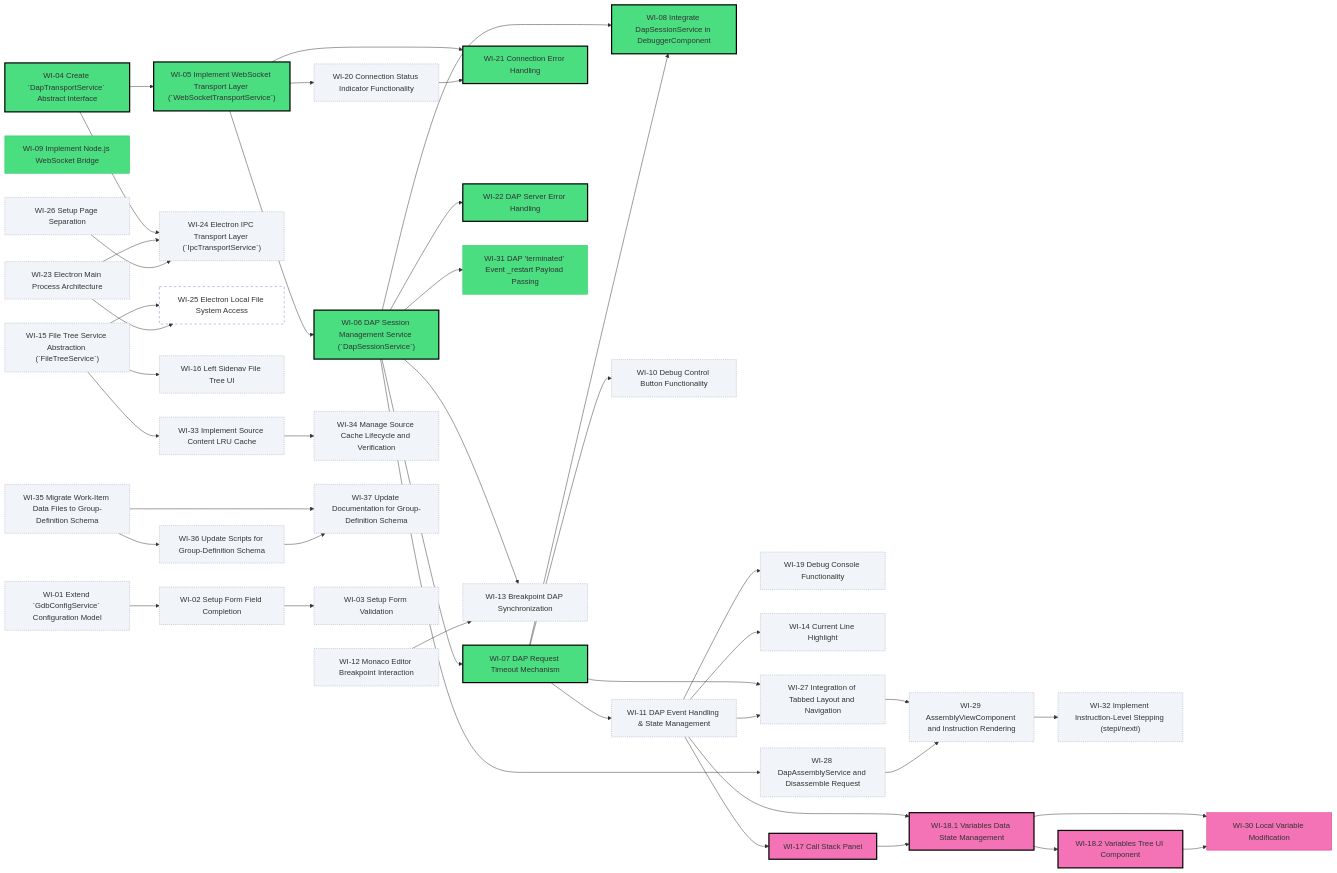
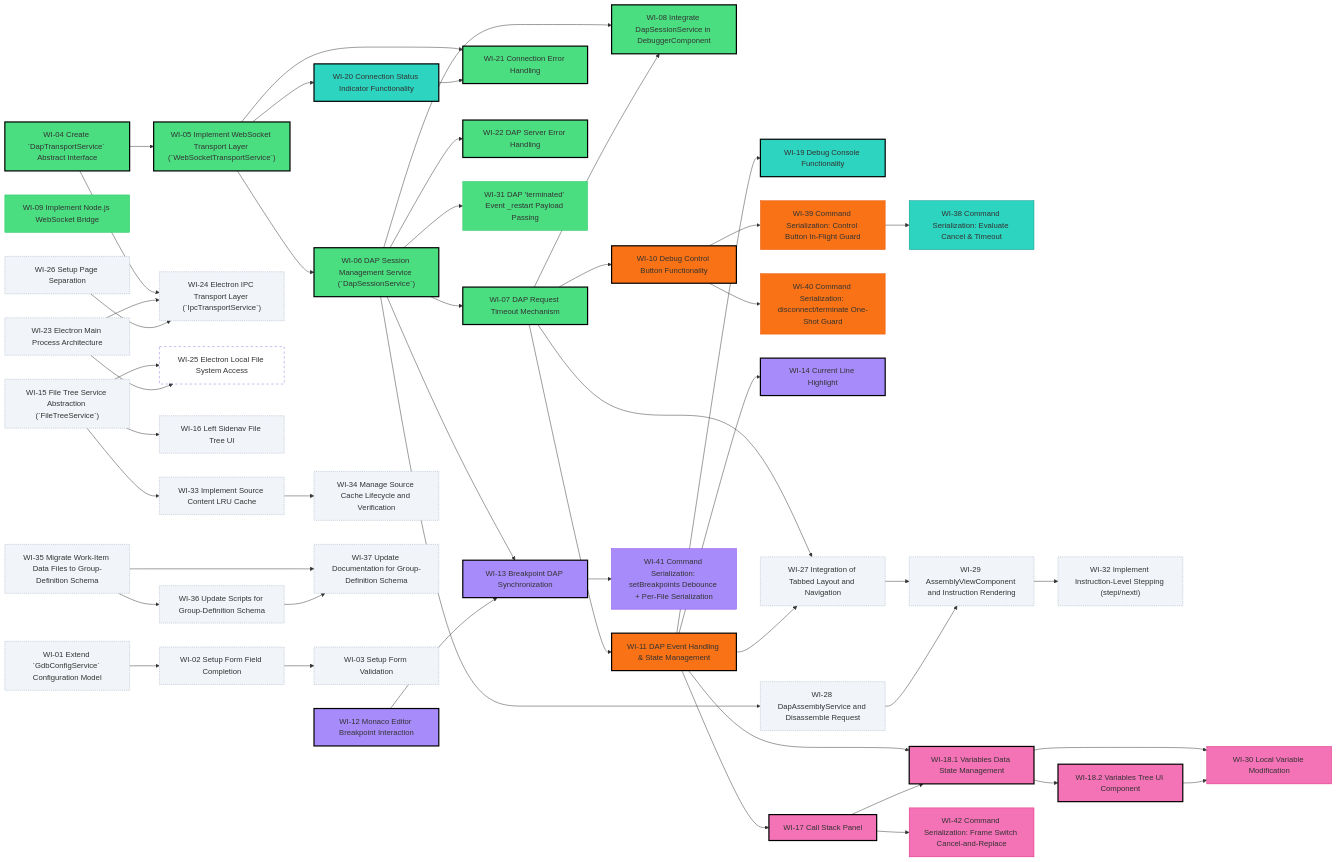
Before and after one commit to tangpo387-arch/taro-debugger: the diagram in docs/project-roadmap.md, drawn with Mermaid. The commit also changed other lines of this file and 8 other files, not shown here.

Commit message:
docs(arch): propose DAP command serialization strategy

````diff
--- a/docs/project-roadmap.md
+++ b/docs/project-roadmap.md
@@ -11,6 +11,7 @@
 graph LR
     WI_19["WI-19 Debug Console Functionality"]
     WI_20["WI-20 Connection Status Indicator Functionality"]
+    WI_38["WI-38 Command Serialization: Evaluate Cancel & Timeout"]
     WI_04["WI-04 Create `DapTransportService` Abstract Interface"]
     WI_05["WI-05 Implement WebSocket Transport Layer (`WebSocketTransportService`)"]
     WI_06["WI-06 DAP Session Management Service (`DapSessionService`)"]
@@ -22,9 +23,12 @@
     WI_31["WI-31 DAP 'terminated' Event _restart Payload Passing"]
     WI_10["WI-10 Debug Control Button Functionality"]
     WI_11["WI-11 DAP Event Handling & State Management"]
+    WI_39["WI-39 Command Serialization: Control Button In-Flight Guard"]
+    WI_40["WI-40 Command Serialization: disconnect/terminate One-Shot Guard"]
     WI_12["WI-12 Monaco Editor Breakpoint Interaction"]
     WI_13["WI-13 Breakpoint DAP Synchronization"]
     WI_14["WI-14 Current Line Highlight"]
+    WI_41["WI-41 Command Serialization: setBreakpoints Debounce + Per-File Serialization"]
     WI_23["WI-23 Electron Main Process Architecture"]
     WI_26["WI-26 Setup Page Separation"]
     WI_24["WI-24 Electron IPC Transport Layer (`IpcTransportService`)"]
@@ -47,8 +51,10 @@
     WI_18_1["WI-18.1 Variables Data State Management"]
     WI_18_2["WI-18.2 Variables Tree UI Component"]
     WI_30["WI-30 Local Variable Modification"]
+    WI_42["WI-42 Command Serialization: Frame Switch Cancel-and-Replace"]
     WI_11 --> WI_19
     WI_05 --> WI_20
+    WI_39 --> WI_38
     WI_04 --> WI_05
     WI_05 --> WI_06
     WI_06 --> WI_07
@@ -60,9 +66,12 @@
     WI_06 --> WI_31
     WI_07 --> WI_10
     WI_07 --> WI_11
+    WI_10 --> WI_39
+    WI_10 --> WI_40
     WI_06 --> WI_13
     WI_12 --> WI_13
     WI_11 --> WI_14
+    WI_13 --> WI_41
     WI_04 --> WI_24
     WI_23 --> WI_24
     WI_26 --> WI_24
@@ -88,9 +97,11 @@
     WI_18_1 --> WI_18_2
     WI_18_1 --> WI_30
     WI_18_2 --> WI_30
+    WI_17 --> WI_42
 
-    style WI_19 fill:#f1f5f9,stroke:#94a3b8,stroke-width:1px,stroke-dasharray:2
-    style WI_20 fill:#f1f5f9,stroke:#94a3b8,stroke-width:1px,stroke-dasharray:2
+    style WI_19 fill:#2dd4bf,stroke:#000,stroke-width:2.5px
+    style WI_20 fill:#2dd4bf,stroke:#000,stroke-width:2.5px
+    style WI_38 fill:#2dd4bf,stroke:#0d9488
     style WI_04 fill:#4ade80,stroke:#000,stroke-width:2.5px
     style WI_05 fill:#4ade80,stroke:#000,stroke-width:2.5px
     style WI_06 fill:#4ade80,stroke:#000,stroke-width:2.5px
@@ -100,11 +111,14 @@
     style WI_21 fill:#4ade80,stroke:#000,stroke-width:2.5px
     style WI_22 fill:#4ade80,stroke:#000,stroke-width:2.5px
     style WI_31 fill:#4ade80,stroke:#22c55e
-    style WI_10 fill:#f1f5f9,stroke:#94a3b8,stroke-width:1px,stroke-dasharray:2
-    style WI_11 fill:#f1f5f9,stroke:#94a3b8,stroke-width:1px,stroke-dasharray:2
-    style WI_12 fill:#f1f5f9,stroke:#94a3b8,stroke-width:1px,stroke-dasharray:2
-    style WI_13 fill:#f1f5f9,stroke:#94a3b8,stroke-width:1px,stroke-dasharray:2
-    style WI_14 fill:#f1f5f9,stroke:#94a3b8,stroke-width:1px,stroke-dasharray:2
+    style WI_10 fill:#f97316,stroke:#000,stroke-width:2.5px
+    style WI_11 fill:#f97316,stroke:#000,stroke-width:2.5px
+    style WI_39 fill:#f97316,stroke:#ea580c
+    style WI_40 fill:#f97316,stroke:#ea580c
+    style WI_12 fill:#a78bfa,stroke:#000,stroke-width:2.5px
+    style WI_13 fill:#a78bfa,stroke:#000,stroke-width:2.5px
+    style WI_14 fill:#a78bfa,stroke:#000,stroke-width:2.5px
+    style WI_41 fill:#a78bfa,stroke:#7c3aed
     style WI_23 fill:#f1f5f9,stroke:#94a3b8,stroke-width:1px,stroke-dasharray:2
     style WI_26 fill:#f1f5f9,stroke:#94a3b8,stroke-width:1px,stroke-dasharray:2
     style WI_24 fill:#f1f5f9,stroke:#94a3b8,stroke-width:1px,stroke-dasharray:2
@@ -127,4 +141,5 @@
     style WI_18_1 fill:#f472b6,stroke:#000,stroke-width:2.5px
     style WI_18_2 fill:#f472b6,stroke:#000,stroke-width:2.5px
     style WI_30 fill:#f472b6,stroke:#db2777
+    style WI_42 fill:#f472b6,stroke:#db2777
 ```
````
